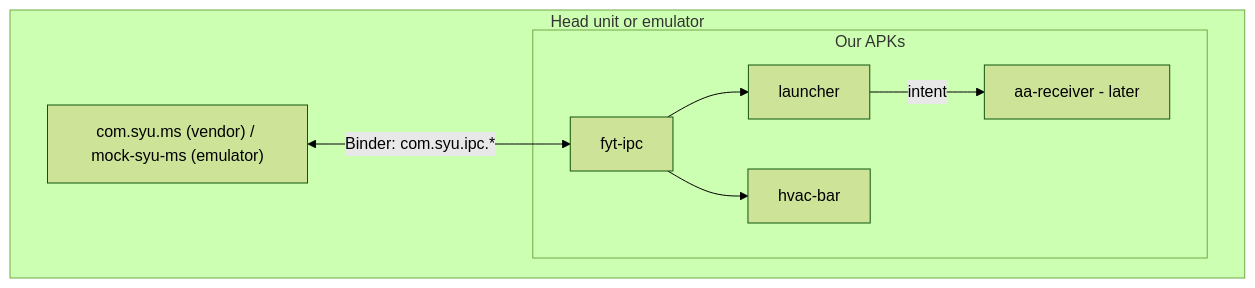
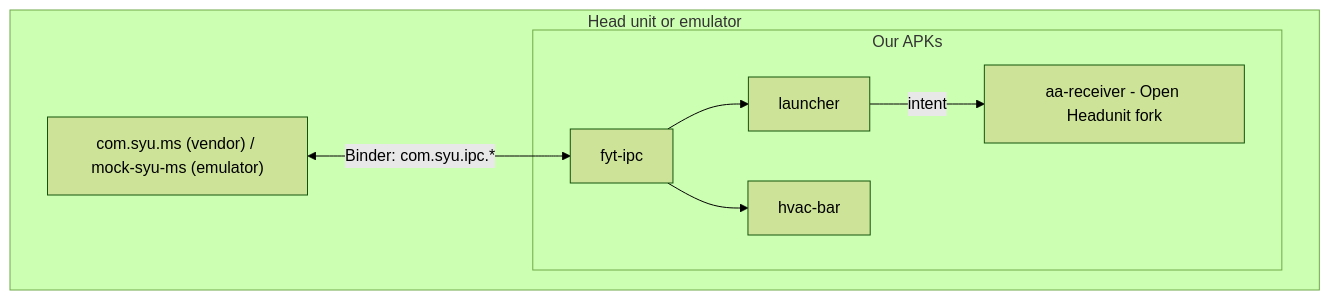
Before and after one commit to swdimock/phoenix-android: the first of 2 diagrams in docs/ARCHITECTURE.md, drawn with Mermaid (forest theme). The commit also changed other lines of this file and 19 other files, not shown here.

Commit message:
Android Auto receiver integration: Open Headunit fork launch extras (tcp/usb, host, port, inset), one-shot auto-launch gate, transport settings with narrow emulator detection, build-receiver.sh, receiver install, startForeground first in AudioPathService, GitHub updater defaults, docs

````diff
--- a/docs/ARCHITECTURE.md
+++ b/docs/ARCHITECTURE.md
@@ -22,16 +24,16 @@
 ```mermaid
 flowchart TB
     subgraph device [Head unit or emulator]
         MS["com.syu.ms (vendor) / mock-syu-ms (emulator)"]
         subgraph ours [Our APKs]
             L[launcher]
             B[hvac-bar]
-            AA[aa-receiver - later]
+            AA[aa-receiver - Open Headunit fork]
             LIB[fyt-ipc]
         end
     end
     MS <-->|"Binder: com.syu.ipc.*"| LIB
     LIB --> L
     LIB --> B
     L -->|intent| AA
 ```
````
